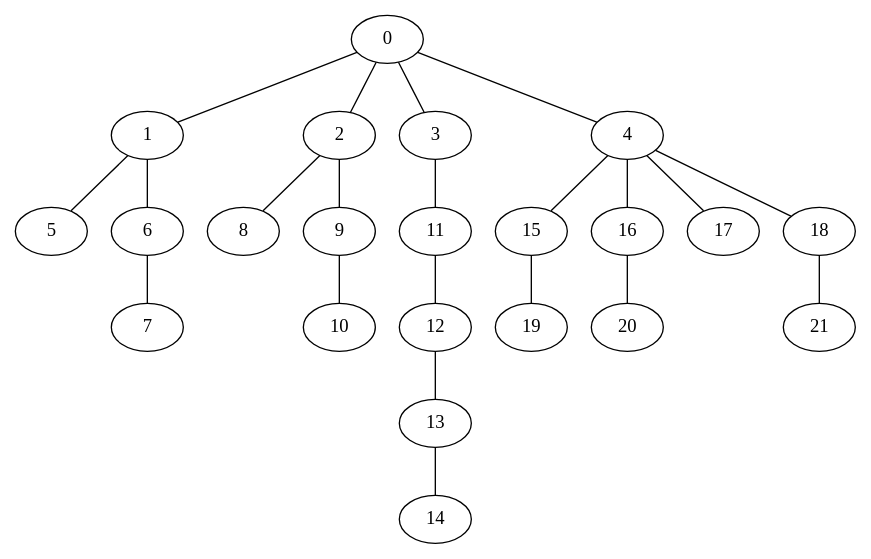
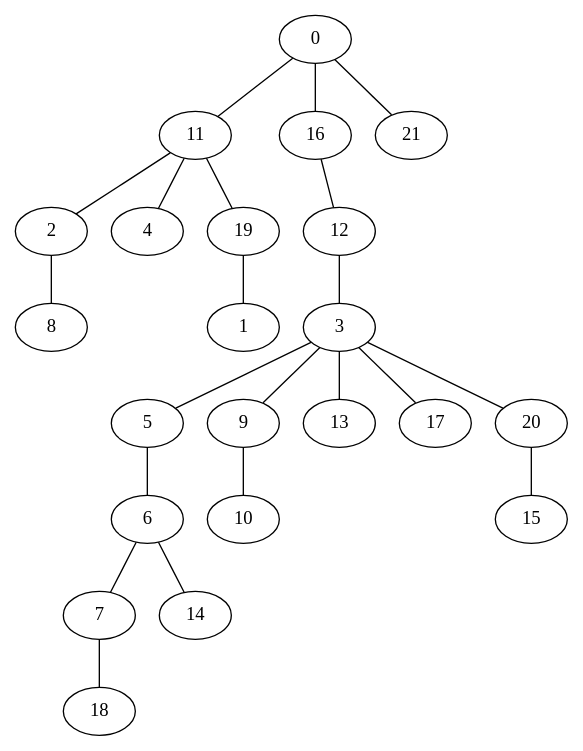
The diagram in pygrapghviz.dot (VillegasGG/greedy-firefighter-problem), drawn with Graphviz before and after one commit. The commit also changed 8 other files, not shown here.

```diff
--- a/pygrapghviz.dot
+++ b/pygrapghviz.dot
@@ -1,23 +1,23 @@
 strict graph "" {
-	0 -- 1;
-	0 -- 2;
-	0 -- 3;
-	0 -- 4;
-	1 -- 5;
-	1 -- 6;
+	0 -- 11;
+	0 -- 16;
+	0 -- 21;
+	11 -- 2;
+	11 -- 4;
+	11 -- 19;
+	16 -- 12;
+	12 -- 3;
+	3 -- 5;
+	3 -- 9;
+	3 -- 13;
+	3 -- 17;
+	3 -- 20;
+	5 -- 6;
+	9 -- 10;
+	20 -- 15;
+	6 -- 7;
+	6 -- 14;
+	7 -- 18;
 	2 -- 8;
-	2 -- 9;
-	3 -- 11;
-	4 -- 15;
-	4 -- 16;
-	4 -- 17;
-	4 -- 18;
-	15 -- 19;
-	16 -- 20;
-	18 -- 21;
-	11 -- 12;
-	12 -- 13;
-	13 -- 14;
-	9 -- 10;
-	6 -- 7;
+	19 -- 1;
 }
```
